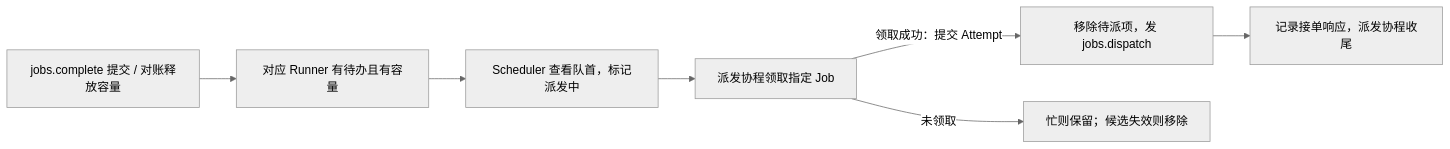
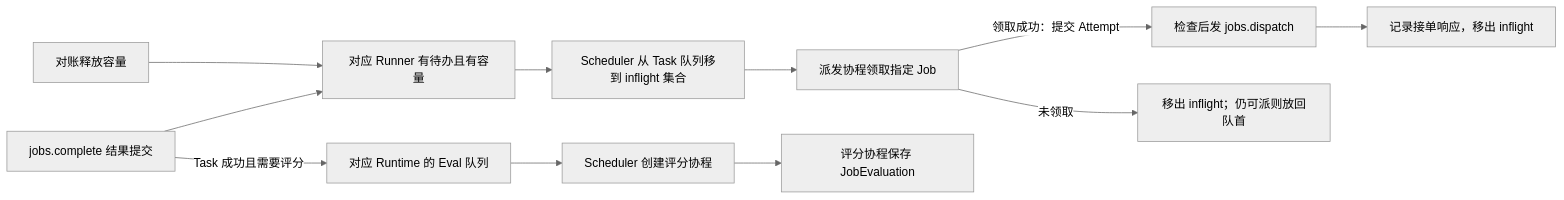
Before and after one commit to qinghuan136/EvalForge: the diagram in docs/ExperimentRuntime改造计划（临时）.md, drawn with Mermaid (neutral theme). The commit also changed other lines of this file and 35 other files, not shown here.

````diff
--- a/docs/ExperimentRuntime改造计划（临时）.md
+++ b/docs/ExperimentRuntime改造计划（临时）.md
@@ -15,9 +16,13 @@
 ```mermaid
 flowchart LR
-    A["对应 Runner 有待办且有容量"] --> B["Scheduler 查看队首，标记派发中"]
+    A["对应 Runner 有待办且有容量"] --> B["Scheduler 从 Task 队列移到 inflight 集合"]
     B --> C["派发协程领取指定 Job"]
-    C -->|"领取成功：提交 Attempt"| D["移除待派项，发 jobs.dispatch"]
-    C -->|"未领取"| E["忙则保留；候选失效则移除"]
-    D --> F["记录接单响应，派发协程收尾"]
-    G["jobs.complete 提交 / 对账释放容量"] --> A
+    C -->|"领取成功：提交 Attempt"| D["检查后发 jobs.dispatch"]
+    C -->|"未领取"| E["移出 inflight；仍可派则放回队首"]
+    D --> F["记录接单响应，移出 inflight"]
+    G["jobs.complete 结果提交"] --> A
+    K["对账释放容量"] --> A
+    G -->|"Task 成功且需要评分"| H["对应 Runtime 的 Eval 队列"]
+    H --> I["Scheduler 创建评分协程"]
+    I --> J["评分协程保存 JobEvaluation"]
 ```
````
